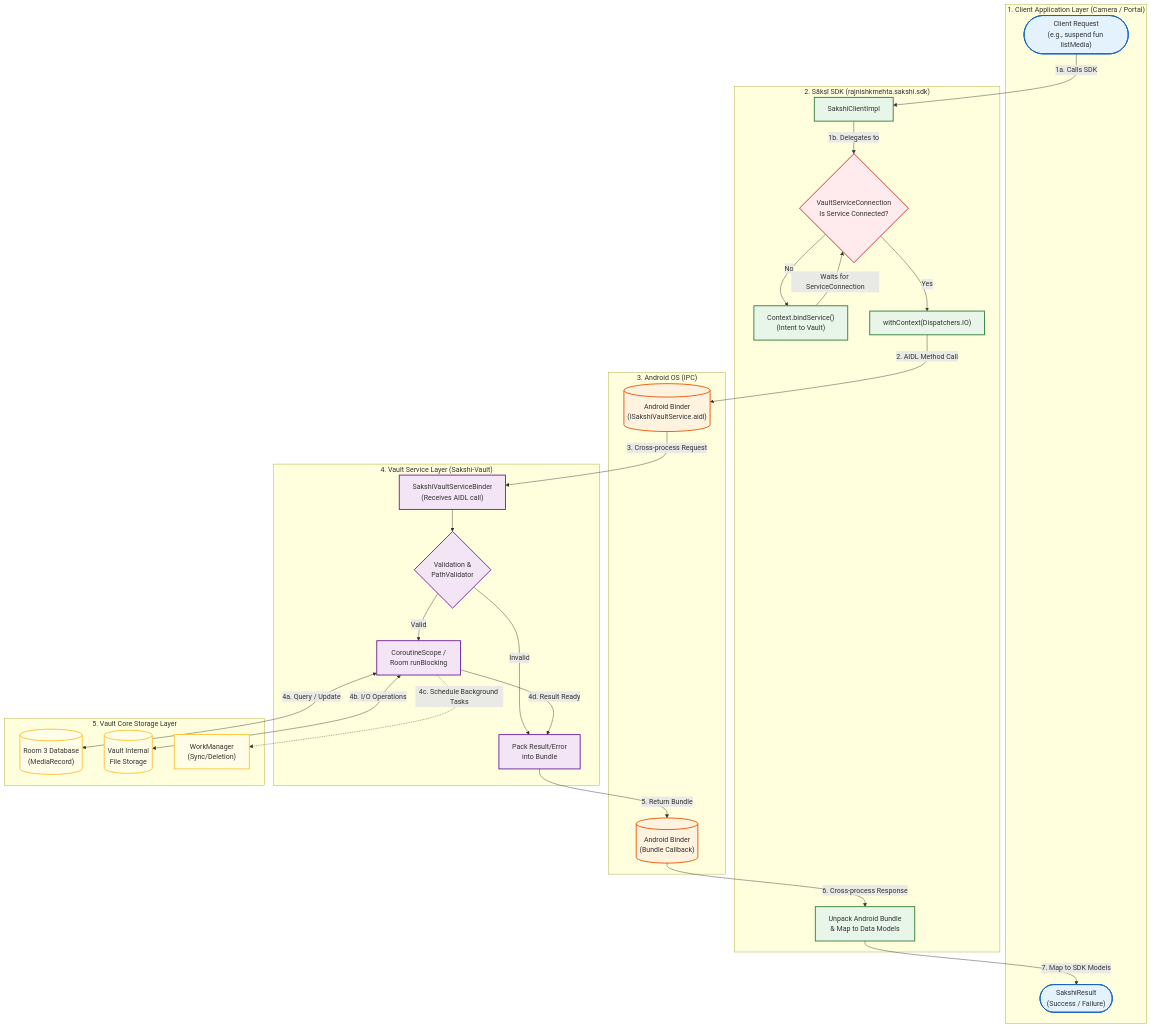
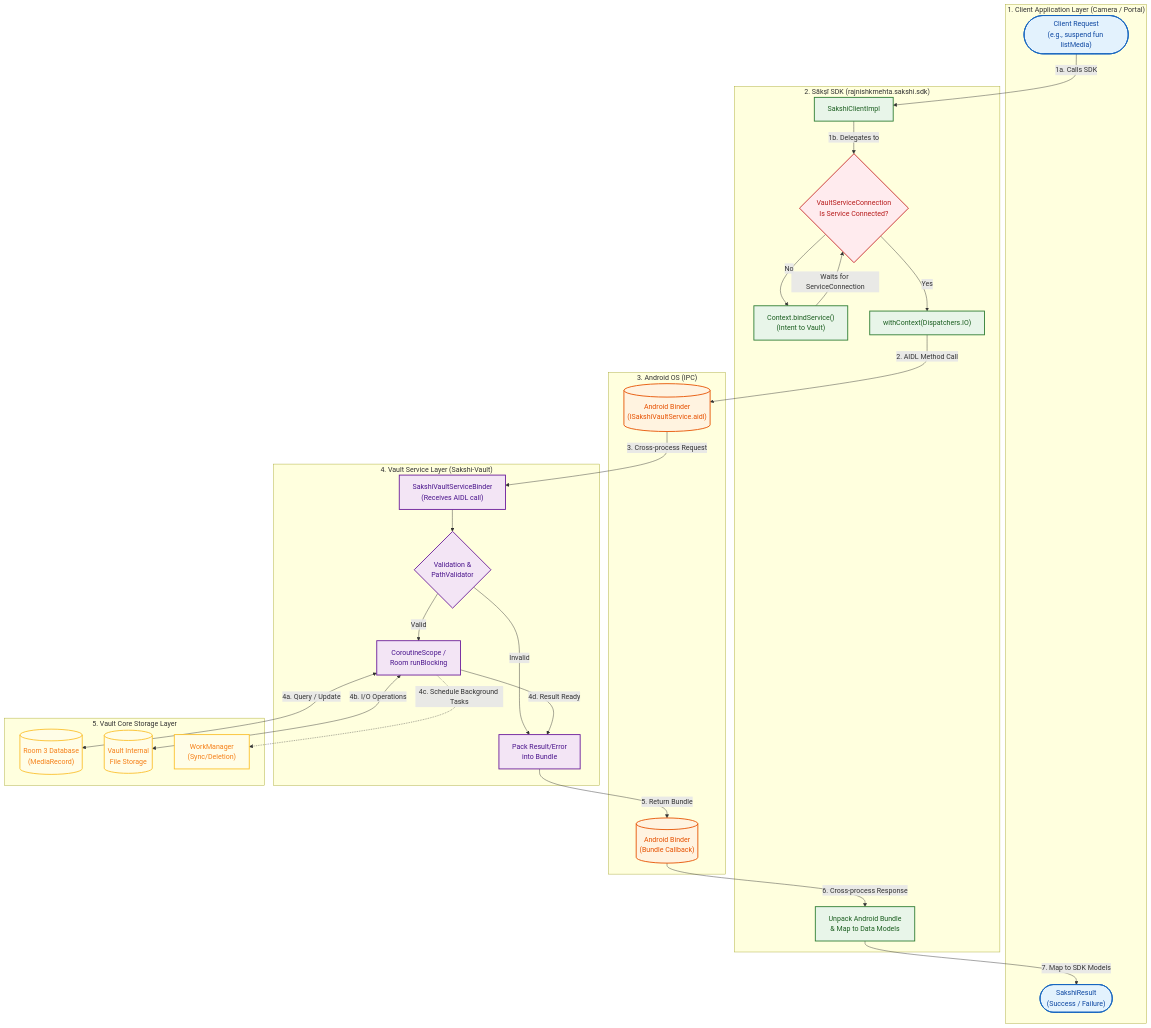
The diagram in 00_docs/developer-guide/concepts/architecture-flow.md (RajnishKMehta/Sakshi-All), drawn with Mermaid before and after one commit.

Commit message:
docs: fix mermaid text colors in architecture flowchart

````diff
--- a/00_docs/developer-guide/concepts/architecture-flow.md
+++ b/00_docs/developer-guide/concepts/architecture-flow.md
@@ -5,76 +5,76 @@
 ```mermaid
 flowchart TD
     %% Definitions
     subgraph ClientLayer ["1. Client Application Layer (Camera / Portal)"]
         ClientReq(["Client Request\n(e.g., suspend fun listMedia)"])
         ClientRes(["SakshiResult\n(Success / Failure)"])
     end
 
     subgraph SDKLayer ["2. Sākṣī SDK (rajnishkmehta.sakshi.sdk)"]
         SakshiClient["SakshiClientImpl"]
         CheckConn{"VaultServiceConnection\nIs Service Connected?"}
         BindService["Context.bindService()\n(Intent to Vault)"]
         DispatchIO["withContext(Dispatchers.IO)"]
         Unpack["Unpack Android Bundle\n& Map to Data Models"]
     end
 
     subgraph OS ["3. Android OS (IPC)"]
         BinderReq[("Android Binder\n(ISakshiVaultService.aidl)")]
         BinderRes[("Android Binder\n(Bundle Callback)")]
     end
 
     subgraph VaultLayer ["4. Vault Service Layer (Sakshi-Vault)"]
         VaultBinder["SakshiVaultServiceBinder\n(Receives AIDL call)"]
         Validate{"Validation &\nPathValidator"}
         Processing["CoroutineScope /\nRoom runBlocking"]
         PackBundle["Pack Result/Error\ninto Bundle"]
     end
 
     subgraph StorageLayer ["5. Vault Core Storage Layer"]
         DB[("Room 3 Database\n(MediaRecord)")]
         FileStore[("Vault Internal\nFile Storage")]
         WorkManager["WorkManager\n(Sync/Deletion)"]
     end
 
     %% Flow - Request Phase
     ClientReq -->|1a. Calls SDK| SakshiClient
     SakshiClient -->|1b. Delegates to| CheckConn
     CheckConn -- "No" --> BindService
     BindService --> |"Waits for ServiceConnection"| CheckConn
     CheckConn -- "Yes" --> DispatchIO
 
     DispatchIO -->|2. AIDL Method Call| BinderReq
     BinderReq -->|3. Cross-process Request| VaultBinder
 
     %% Flow - Vault Processing Phase
     VaultBinder --> Validate
     Validate -- "Valid" --> Processing
     Validate -- "Invalid" --> PackBundle
 
     Processing <-->|4a. Query / Update| DB
     Processing <-->|4b. I/O Operations| FileStore
     Processing -.->|4c. Schedule Background Tasks| WorkManager
 
     Processing -->|4d. Result Ready| PackBundle
 
     %% Flow - Response Phase
     PackBundle -->|5. Return Bundle| BinderRes
     BinderRes -->|6. Cross-process Response| Unpack
     Unpack -->|7. Map to SDK Models| ClientRes
 
     %% Styling classes
-    classDef client fill:#e3f2fd,stroke:#1565c0,stroke-width:2px
-    classDef sdk fill:#e8f5e9,stroke:#2e7d32,stroke-width:2px
-    classDef os fill:#fff3e0,stroke:#e65100,stroke-width:2px
-    classDef vault fill:#f3e5f5,stroke:#6a1b9a,stroke-width:2px
-    classDef storage fill:#fffde7,stroke:#fbc02d,stroke-width:2px
-    classDef check fill:#ffebee,stroke:#c62828,stroke-width:2px
+    classDef client fill:#e3f2fd,stroke:#1565c0,stroke-width:2px,color:#0d47a1
+    classDef sdk fill:#e8f5e9,stroke:#2e7d32,stroke-width:2px,color:#1b5e20
+    classDef os fill:#fff3e0,stroke:#e65100,stroke-width:2px,color:#e65100
+    classDef vault fill:#f3e5f5,stroke:#6a1b9a,stroke-width:2px,color:#4a148c
+    classDef storage fill:#fffde7,stroke:#fbc02d,stroke-width:2px,color:#f57f17
+    classDef check fill:#ffebee,stroke:#c62828,stroke-width:2px,color:#b71c1c
 
     %% Apply styles
     class ClientReq,ClientRes client
     class SakshiClient,BindService,DispatchIO,Unpack sdk
     class CheckConn check
     class BinderReq,BinderRes os
     class VaultBinder,Validate,Processing,PackBundle vault
     class DB,FileStore,WorkManager storage
 ```
````
